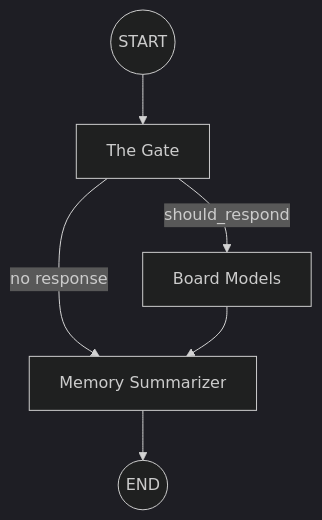
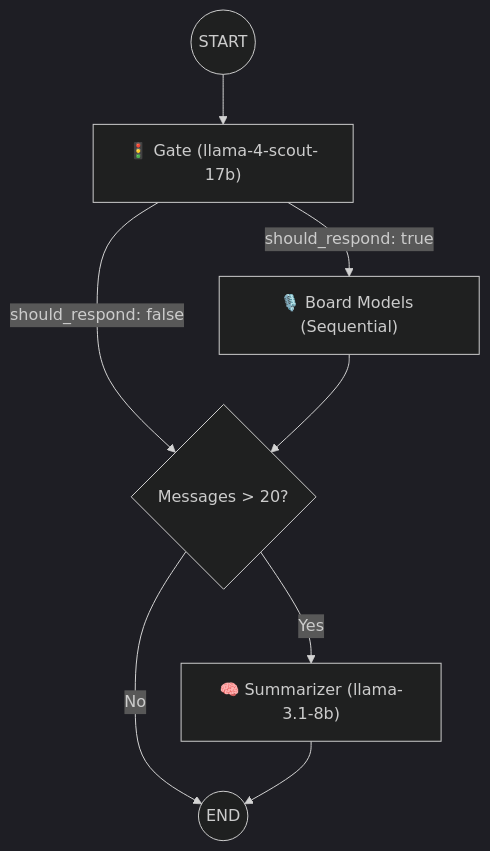
One commit to m-taqii/kol changed the diagram in README.md. Above: the diagram before and after it, drawn with Mermaid (dark theme). The commit also changed other lines of this file and 1 other file, not shown here.

````diff
--- a/README.md
+++ b/README.md
@@ -53,8 +55,10 @@
 ```mermaid
 graph TD
-    START((START)) --> Gate[The Gate]
-    Gate -->|should_respond| Models[Board Models]
-    Gate -->|no response| Summarizer[Memory Summarizer]
-    Models --> Summarizer
-    Summarizer --> END((END))
+    START((START)) --> Gate["🚦 Gate (llama-4-scout-17b)"]
+    Gate -->|"should_respond: true"| Models["🎙️ Board Models (Sequential)"]
+    Gate -->|"should_respond: false"| SumCheck{Messages > 20?}
+    Models --> SumCheck
+    SumCheck -->|Yes| Summarizer["🧠 Summarizer (llama-3.1-8b)"]
+    SumCheck -->|No| END((END))
+    Summarizer --> END
 ```
````
